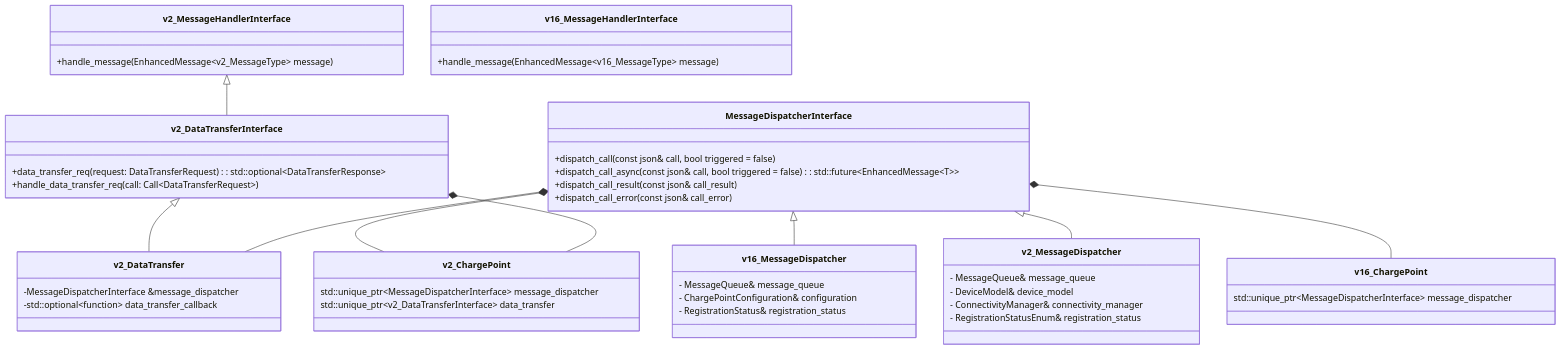
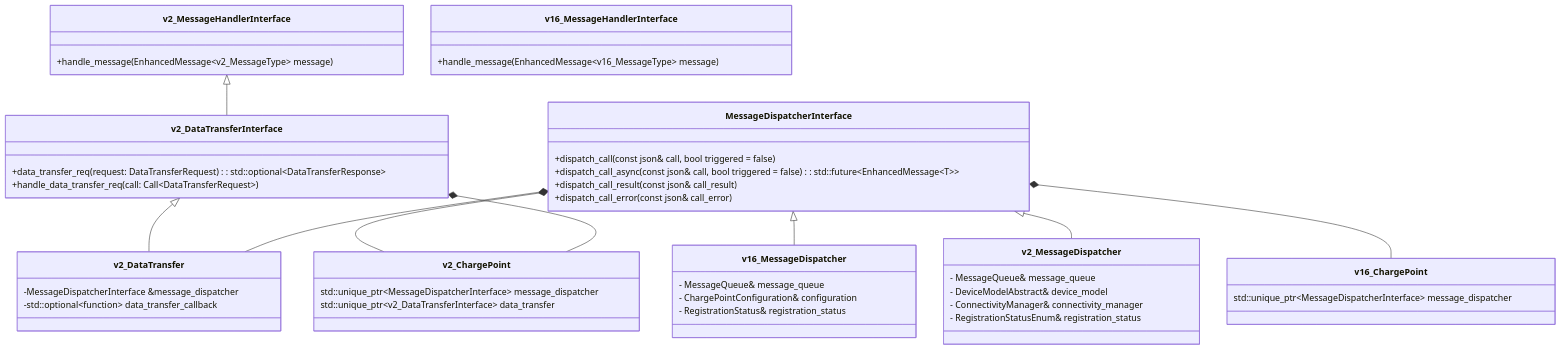
Before and after one commit to EVerest/everest-core: the diagram in lib/everest/ocpp/doc/message_dispatching.md, drawn with Mermaid. The commit also changed 27 other files, not shown here.

First line of the commit message:
Introduce DeviceModelInterface abstraction layer

````diff
--- a/lib/everest/ocpp/doc/message_dispatching.md
+++ b/lib/everest/ocpp/doc/message_dispatching.md
@@ -3,58 +3,58 @@
 ```mermaid
 classDiagram
 class MessageDispatcherInterface {
     +dispatch_call(const json& call, bool triggered = false)
     +dispatch_call_async(const json& call, bool triggered = false): std::future~EnhancedMessage~T~~
     +dispatch_call_result(const json& call_result)
     +dispatch_call_error(const json& call_error)
 }
 
 class v16_MessageDispatcher {
     - MessageQueue& message_queue
     - ChargePointConfiguration& configuration
     - RegistrationStatus& registration_status
 }
 
 class v2_MessageDispatcher {
     - MessageQueue& message_queue
-    - DeviceModel& device_model
+    - DeviceModelAbstract& device_model
     - ConnectivityManager& connectivity_manager
     - RegistrationStatusEnum& registration_status
 }
 
 class v2_MessageHandlerInterface {
     +handle_message(EnhancedMessage~v2_MessageType~ message)
 }
 
 class v16_MessageHandlerInterface {
     +handle_message(EnhancedMessage~v16_MessageType~ message)
 }
 
 class v2_DataTransferInterface {
     +data_transfer_req(request: DataTransferRequest): std::optional~DataTransferResponse~
     +handle_data_transfer_req(call: Call~DataTransferRequest~)
 }
 
 class v2_DataTransfer {
     -MessageDispatcherInterface &message_dispatcher
     -std::optional~function~ data_transfer_callback
 }
 
 class v2_ChargePoint {
     std::unique_ptr~MessageDispatcherInterface~ message_dispatcher
     std::unique_ptr~v2_DataTransferInterface~ data_transfer
 }
 
 class v16_ChargePoint {
     std::unique_ptr~MessageDispatcherInterface~ message_dispatcher
 }
 
 MessageDispatcherInterface <|-- v16_MessageDispatcher  
 MessageDispatcherInterface <|-- v2_MessageDispatcher
 v2_DataTransferInterface <|-- v2_DataTransfer
 v2_MessageHandlerInterface <|-- v2_DataTransferInterface
 MessageDispatcherInterface *-- v2_DataTransfer
 MessageDispatcherInterface *-- v2_ChargePoint
 v2_DataTransferInterface *-- v2_ChargePoint
 MessageDispatcherInterface *-- v16_ChargePoint
 ```
````
